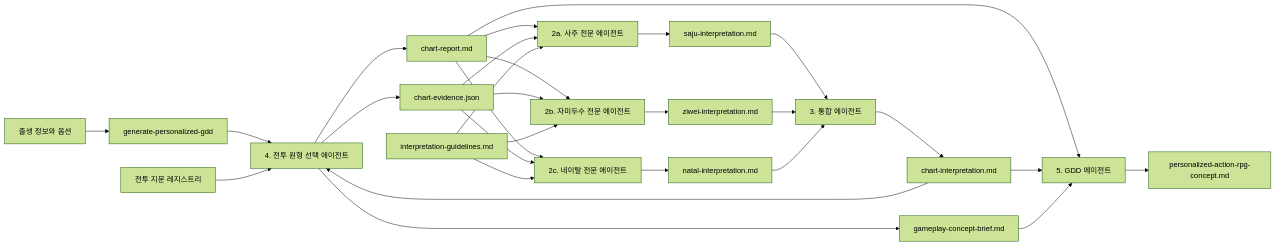
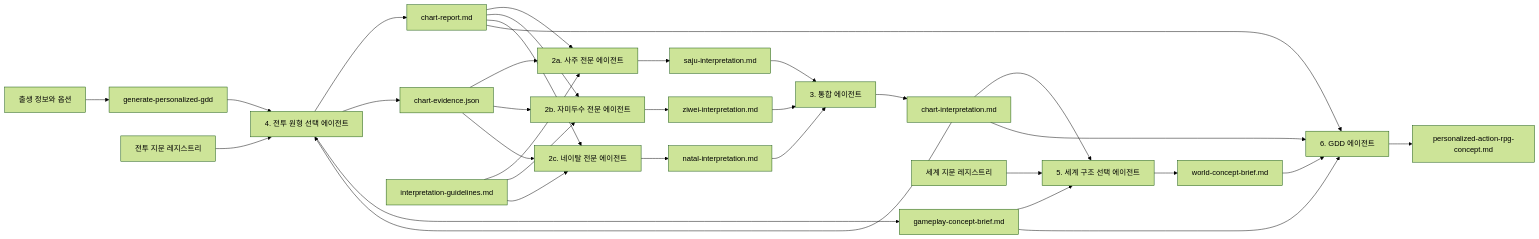
One commit to arch-spatula/isekai-generator changed the diagram in docs/GDD/personalized-gdd-pipeline.md. Above: the diagram before and after it, drawn with Mermaid (forest theme). The commit also changed other lines of this file and 23 other files, not shown here.

````diff
--- a/docs/GDD/personalized-gdd-pipeline.md
+++ b/docs/GDD/personalized-gdd-pipeline.md
@@ -9,30 +9,35 @@
 ```mermaid
 flowchart LR
     U[출생 정보와 옵션] --> O[generate-personalized-gdd]
     O --> C[1. generate-chart-report]
     C --> R[chart-report.md]
     C --> E[chart-evidence.json]
     R --> S[2a. 사주 전문 에이전트]
     R --> Z[2b. 자미두수 전문 에이전트]
     R --> N[2c. 네이탈 전문 에이전트]
     E --> S
     E --> Z
     E --> N
     G[interpretation-guidelines.md] --> S
     G --> Z
     G --> N
     S --> SM[saju-interpretation.md]
     Z --> ZM[ziwei-interpretation.md]
     N --> NM[natal-interpretation.md]
     SM --> I[3. 통합 에이전트]
     ZM --> I
     NM --> I
     I --> X[chart-interpretation.md]
     X --> C[4. 전투 원형 선택 에이전트]
     F[전투 지문 레지스트리] --> C
     C --> B[gameplay-concept-brief.md]
-    R --> D[5. GDD 에이전트]
+    X --> W[5. 세계 구조 선택 에이전트]
+    B --> W
+    WF[세계 지문 레지스트리] --> W
+    W --> WB[world-concept-brief.md]
+    WB --> D[6. GDD 에이전트]
+    R --> D
     X --> D
     B --> D
     D --> P[personalized-action-rpg-concept.md]
 ```
````
